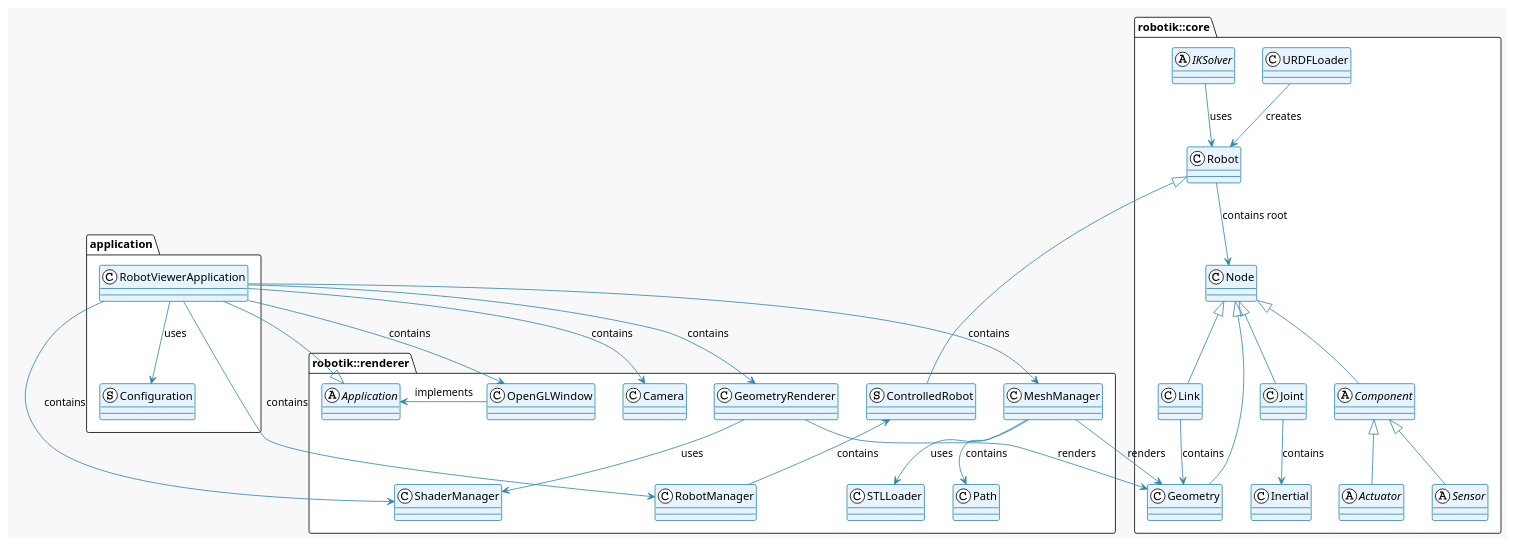
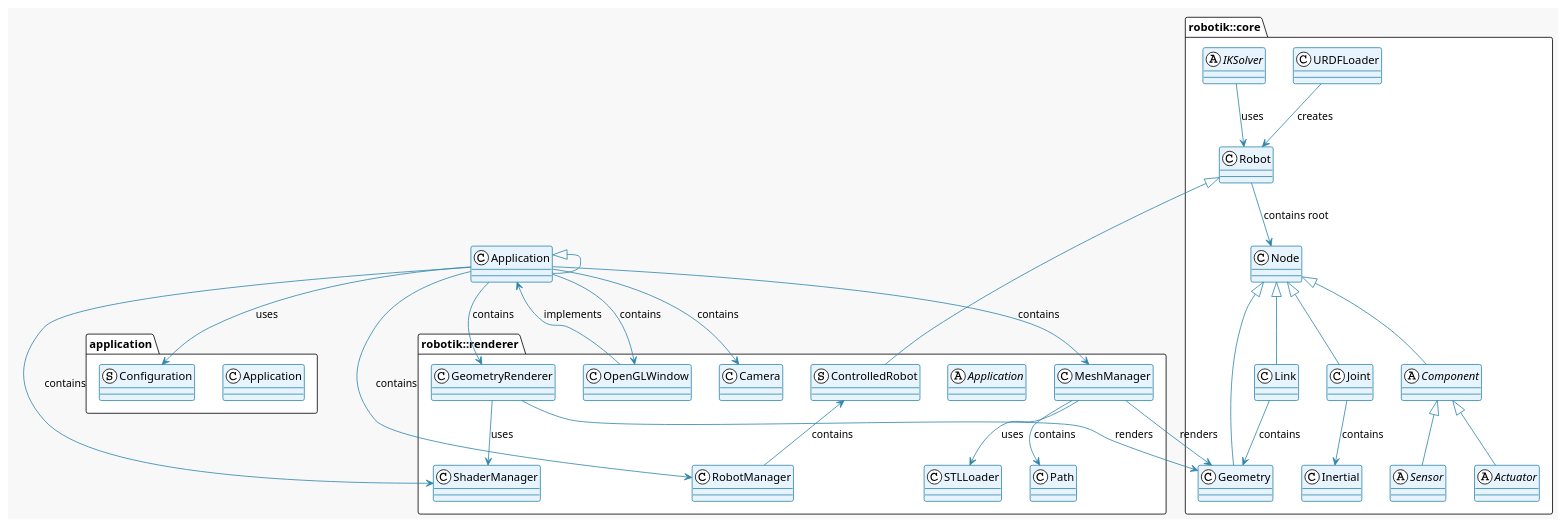
One commit to Lecrapouille/Robotik changed the diagram in doc/robotik_architecture.puml. Above: the diagram before and after it, drawn with PlantUML. The commit also changed 27 other files, not shown here.

```diff
--- a/doc/robotik_architecture.puml
+++ b/doc/robotik_architecture.puml
@@ -1,127 +1,127 @@
 @startuml Robotik Architecture
 
 !theme plain
 skinparam classAttributeIconSize 0
 skinparam backgroundColor #F8F8F8
 skinparam class {
     BackgroundColor #E8F4FD
     BorderColor #2E86AB
     ArrowColor #2E86AB
 }
 
 package "robotik::renderer" {
     abstract class Application {
     }
 
     class Camera {
     }
 
     class OpenGLWindow {
     }
 
     class ShaderManager {
     }
 
     class STLLoader {
     }
 
     class MeshManager {
     }
 
     class GeometryRenderer {
     }
 
     class RobotManager {
     }
 
     class Path {
     }
 
     struct ControlledRobot {
     }
 }
 
 package "application" {
-    class RobotViewerApplication {
+    class Application {
     }
 
     struct Configuration {
     }
 }
 
 package "robotik::core" {
     class Node {
     }
 
     class Joint {
     }
 
     class Link {
     }
 
     class Geometry {
     }
 
     abstract class Component {
     }
 
     abstract class Sensor {
     }
 
     abstract class Actuator {
     }
 
     class Robot {
     }
 
     class URDFLoader {
     }
 
     abstract class IKSolver {
     }
 
     class Inertial {
     }
 }
 
 ' Core package inheritances
 Node <|-- Joint
 Node <|-- Link
 Node <|-- Geometry
 Node <|-- Component
 
 Component <|-- Sensor
 Component <|-- Actuator
 
 ' Core package associations
 Robot --> Node : contains root
 URDFLoader --> Robot : creates
 IKSolver --> Robot : uses
 Joint --> Inertial : contains
 Link --> Geometry : contains
 
 ' Viewer package inheritances
-Application <|-- RobotViewerApplication
+Application <|-- Application
 
 ' Viewer package associations
-RobotViewerApplication --> Configuration : uses
-RobotViewerApplication --> OpenGLWindow : contains
-RobotViewerApplication --> Camera : contains
-RobotViewerApplication --> ShaderManager : contains
-RobotViewerApplication --> MeshManager : contains
-RobotViewerApplication --> GeometryRenderer : contains
-RobotViewerApplication --> RobotManager : contains
+Application --> Configuration : uses
+Application --> OpenGLWindow : contains
+Application --> Camera : contains
+Application --> ShaderManager : contains
+Application --> MeshManager : contains
+Application --> GeometryRenderer : contains
+Application --> RobotManager : contains
 Application <- OpenGLWindow : implements
 
 GeometryRenderer --> ShaderManager : uses
 MeshManager --> STLLoader : uses
 MeshManager --> Path : contains
 
 ControlledRobot <-- RobotManager : contains
 Robot <|-- ControlledRobot
 
 ' Cross-package dependencies
 GeometryRenderer --> Geometry : renders
 MeshManager --> Geometry : renders
 
 @enduml
```
